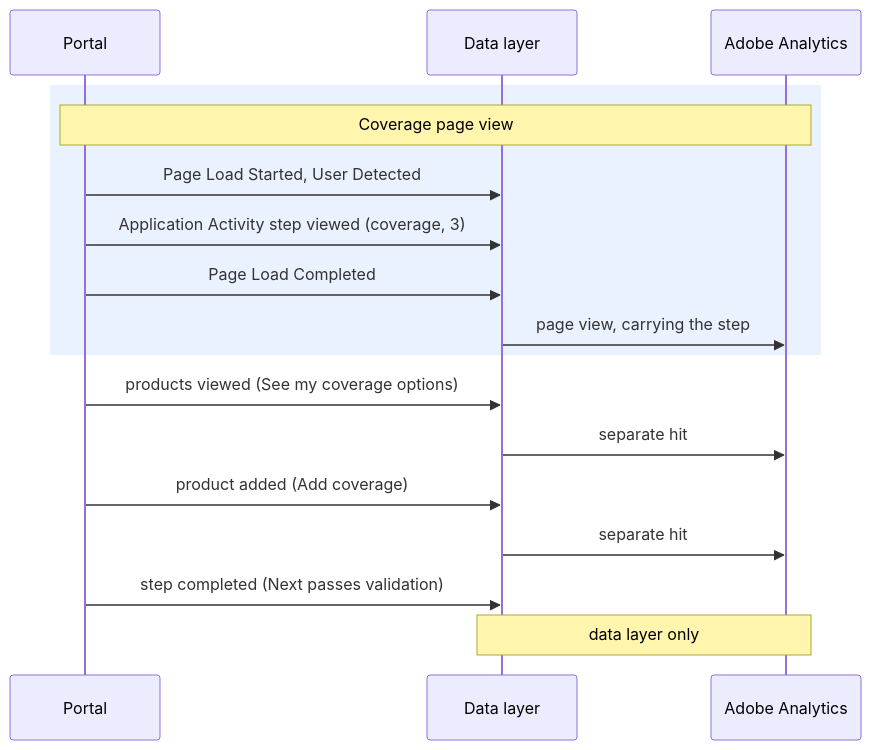
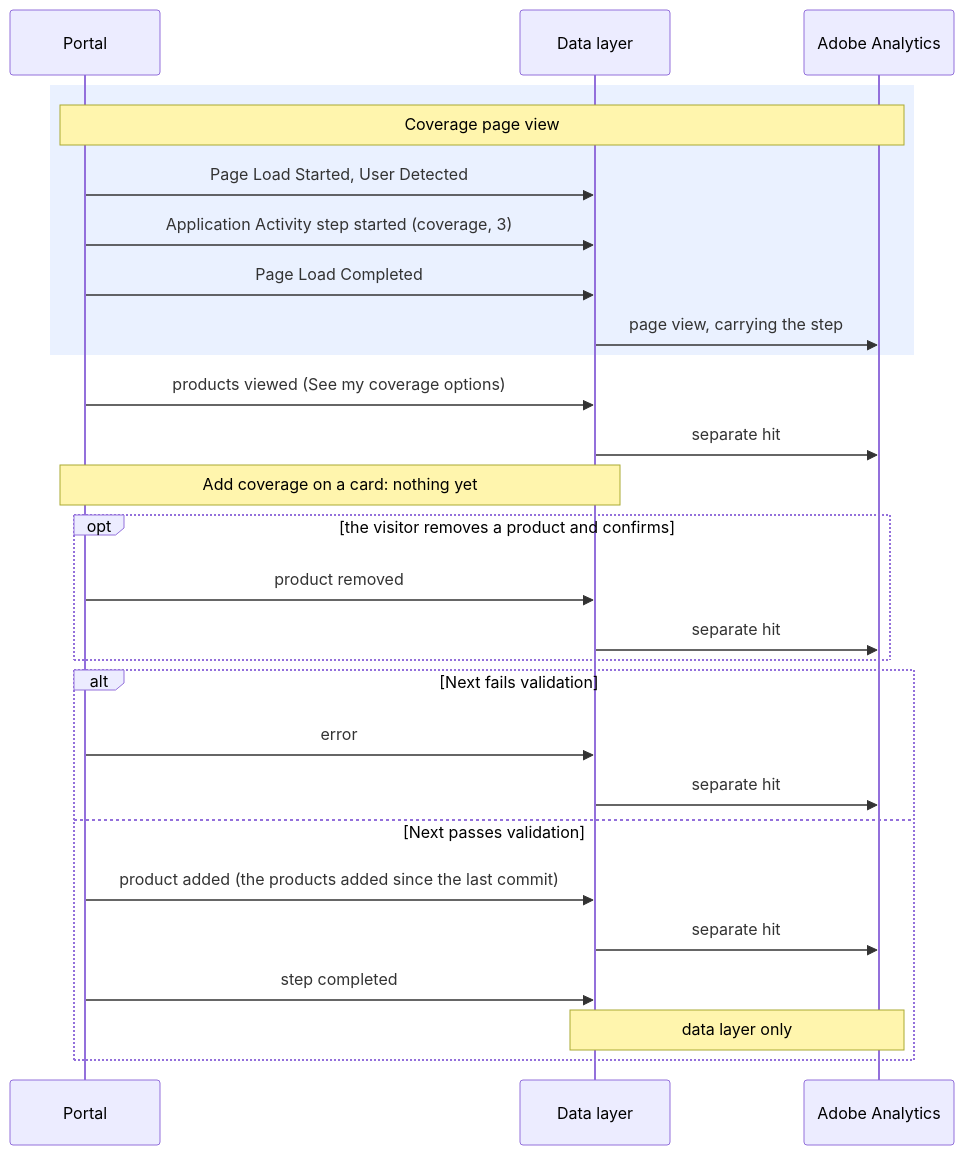
One commit to further-external/client-nyl-gmad-dl-spec changed the diagram in events/application-activity.md. Above: the diagram before and after it, drawn with Mermaid. The commit also changed other lines of this file and 13 other files, not shown here.

````diff
--- a/events/application-activity.md
+++ b/events/application-activity.md
@@ -58,19 +75,29 @@
 ```mermaid
 sequenceDiagram
   participant UI as Portal
   participant DL as Data layer
   participant AA as Adobe Analytics
   rect rgba(80,140,255,0.12)
     Note over UI,AA: Coverage page view
     UI->>DL: Page Load Started, User Detected
-    UI->>DL: Application Activity step viewed (coverage, 3)
+    UI->>DL: Application Activity step started (coverage, 3)
     UI->>DL: Page Load Completed
     DL->>AA: page view, carrying the step
   end
   UI->>DL: products viewed (See my coverage options)
   DL->>AA: separate hit
-  UI->>DL: product added (Add coverage)
-  DL->>AA: separate hit
-  UI->>DL: step completed (Next passes validation)
-  Note over DL,AA: data layer only
+  Note over UI,DL: Add coverage on a card: nothing yet
+  opt the visitor removes a product and confirms
+    UI->>DL: product removed
+    DL->>AA: separate hit
+  end
+  alt Next fails validation
+    UI->>DL: error
+    DL->>AA: separate hit
+  else Next passes validation
+    UI->>DL: product added (the products added since the last commit)
+    DL->>AA: separate hit
+    UI->>DL: step completed
+    Note over DL,AA: data layer only
+  end
 ```
````
